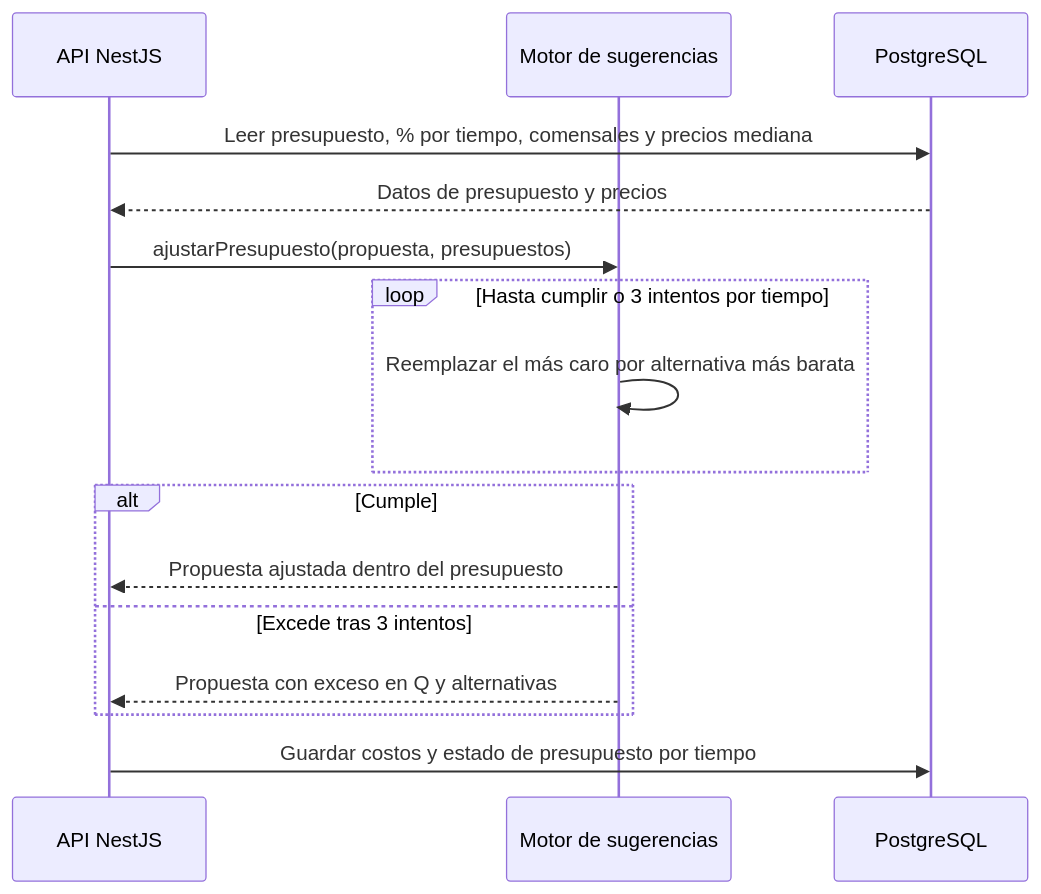
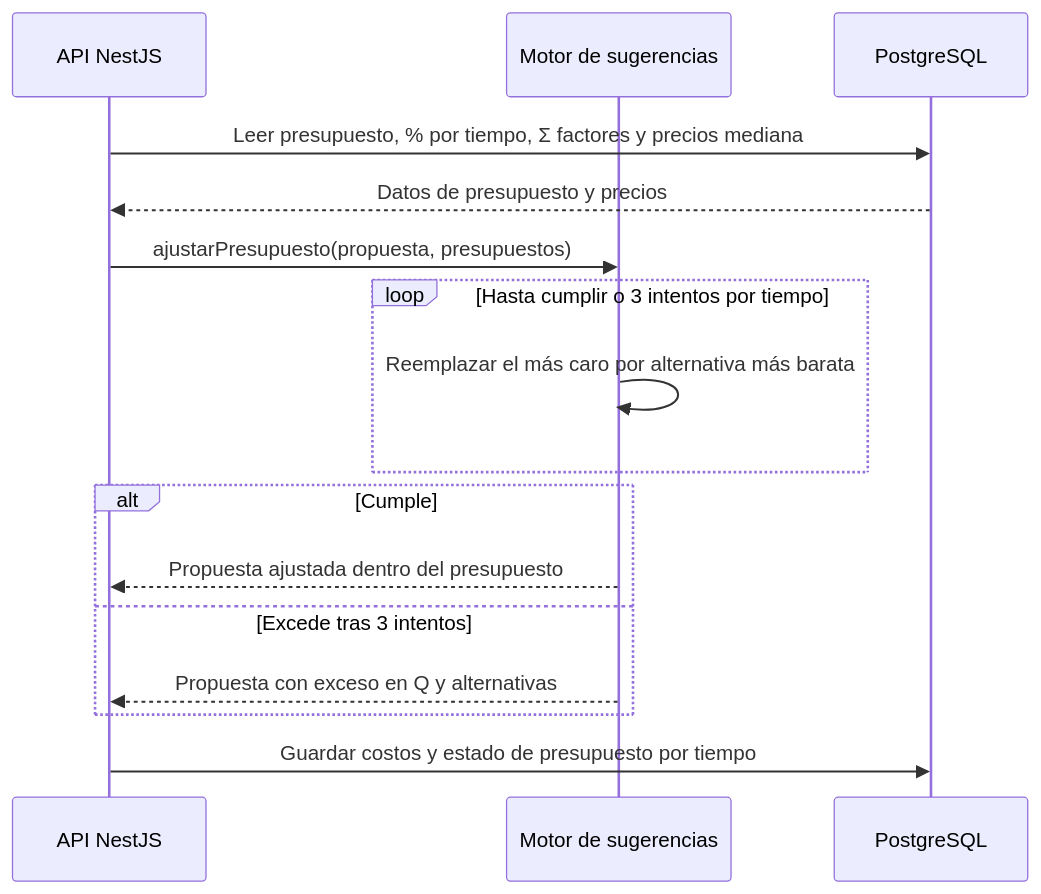
Before and after one commit to devrenerosales/App_Comidas: the seventh of 11 diagrams in docs/01-requerimientos/historias/M05-motor-sugerencias.md, drawn with Mermaid. The commit also changed other lines of this file and 11 other files, not shown here.

````diff
--- a/docs/01-requerimientos/historias/M05-motor-sugerencias.md
+++ b/docs/01-requerimientos/historias/M05-motor-sugerencias.md
@@ -343,18 +343,18 @@
 ```mermaid
 sequenceDiagram
   participant API as API NestJS
   participant MOT as Motor de sugerencias
   participant DB as PostgreSQL
-  API->>DB: Leer presupuesto, % por tiempo, comensales y precios mediana
+  API->>DB: Leer presupuesto, % por tiempo, Σ factores y precios mediana
   DB-->>API: Datos de presupuesto y precios
   API->>MOT: ajustarPresupuesto(propuesta, presupuestos)
   loop Hasta cumplir o 3 intentos por tiempo
     MOT->>MOT: Reemplazar el más caro por alternativa más barata
   end
   alt Cumple
     MOT-->>API: Propuesta ajustada dentro del presupuesto
   else Excede tras 3 intentos
     MOT-->>API: Propuesta con exceso en Q y alternativas
   end
   API->>DB: Guardar costos y estado de presupuesto por tiempo
 ```
````
